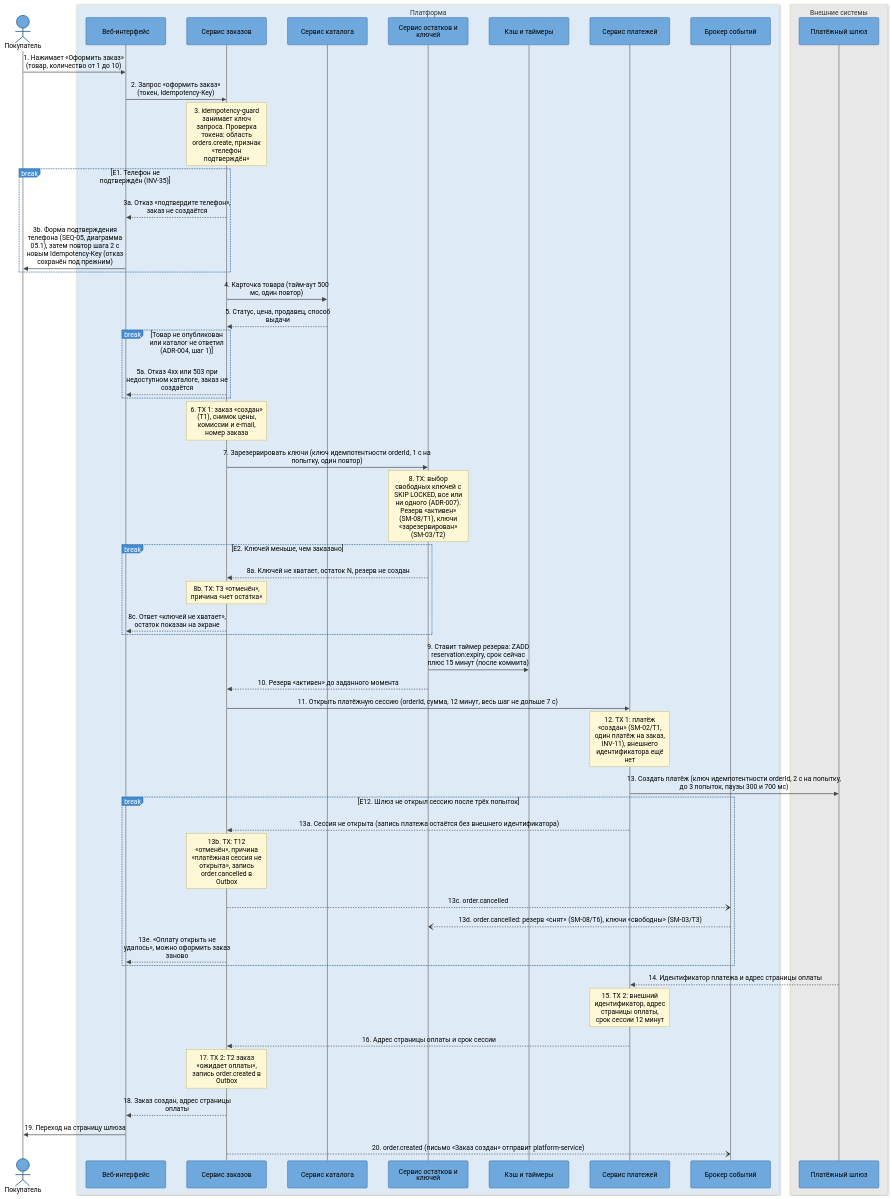
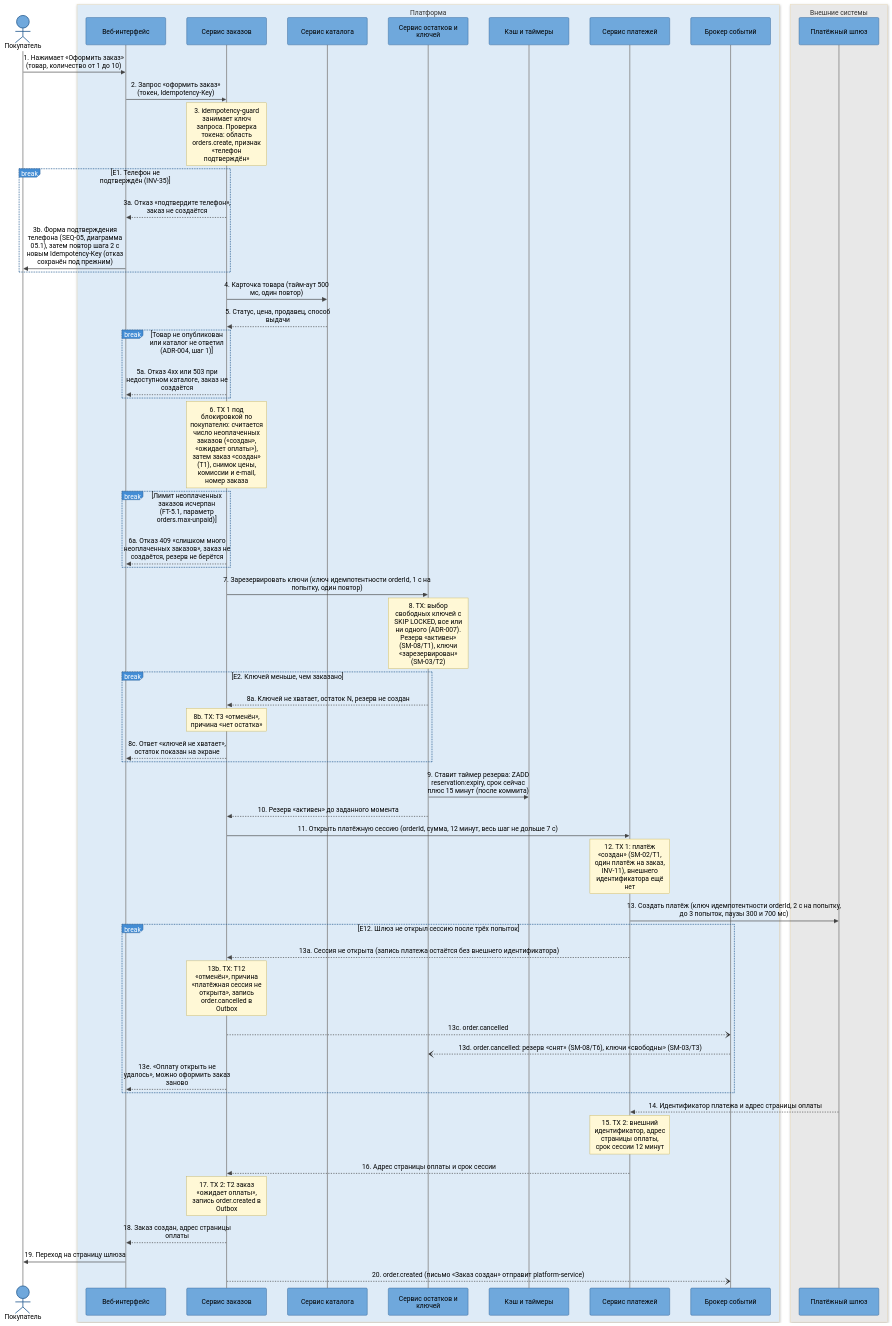
Before and after one commit to Lapin143/digital-goods-marketplace: the second of 4 diagrams in docs/05-architecture/sequence-purchase.md, drawn with Mermaid. The commit also changed other lines of this file and 41 other files, not shown here.

First line of the commit message:
feat(contracts): решения v1.6 внесены в схему и контракты: номер заказа (orders.number, orderNumber в API и событиях), параметр orders.max-unpaid, ошибка unpaid-orders-limit (39 типов); модель угроз, роли, SEQ, отчёт Ф3 закрывают замечания v1.6

````diff
--- a/docs/05-architecture/sequence-purchase.md
+++ b/docs/05-architecture/sequence-purchase.md
@@ -122,57 +122,60 @@
 ```mermaid
 %%{init: {"theme":"base","themeVariables":{"actorBkg":"#6fa8dc","actorTextColor":"#000000","actorBorder":"#2e6295","actorLineColor":"#888888","signalColor":"#444444","signalTextColor":"#000000","noteBkgColor":"#fff8d6","noteTextColor":"#000000","noteBorderColor":"#c9b458","loopTextColor":"#000000","labelBoxBkgColor":"#438dd5","labelTextColor":"#ffffff","labelBoxBorderColor":"#2e6295","activationBkgColor":"#d9e8f7","activationBorderColor":"#2e6295"},"sequence":{"mirrorActors":true,"wrap":true,"width":190,"messageMargin":32,"boxMargin":8,"noteMargin":8}}}%%
 sequenceDiagram
     actor buyer as Покупатель
     box rgb(222,235,247) Платформа
     participant web-app as Веб-интерфейс
     participant order-service as Сервис заказов
     participant catalog-service as Сервис каталога
     participant inventory-service as Сервис остатков и ключей
     participant redis as Кэш и таймеры
     participant payment-service as Сервис платежей
     participant kafka as Брокер событий
     end
     box rgb(232,232,232) Внешние системы
     participant payment-gateway as Платёжный шлюз
     end
 
     buyer ->> web-app: 1. Нажимает «Оформить заказ» (товар, количество от 1 до 10)
     web-app ->> order-service: 2. Запрос «оформить заказ» (токен, Idempotency-Key)
     Note over order-service: 3. idempotency-guard занимает ключ запроса. Проверка токена: область orders.create, признак «телефон подтверждён»
     break E1. Телефон не подтверждён (INV-35)
         order-service -->> web-app: 3a. Отказ «подтвердите телефон», заказ не создаётся
         web-app ->> buyer: 3b. Форма подтверждения телефона (SEQ-05, диаграмма 05.1), затем повтор шага 2 с новым Idempotency-Key (отказ сохранён под прежним)
     end
     order-service ->> catalog-service: 4. Карточка товара (тайм-аут 500 мс, один повтор)
     catalog-service -->> order-service: 5. Статус, цена, продавец, способ выдачи
     break Товар не опубликован или каталог не ответил (ADR-004, шаг 1)
         order-service -->> web-app: 5a. Отказ 4xx или 503 при недоступном каталоге, заказ не создаётся
     end
-    Note over order-service: 6. TX 1: заказ «создан» (T1), снимок цены, комиссии и e-mail, номер заказа
+    Note over order-service: 6. TX 1 под блокировкой по покупателю: считается число неоплаченных заказов («создан», «ожидает оплаты»), затем заказ «создан» (T1), снимок цены, комиссии и e-mail, номер заказа
+    break Лимит неоплаченных заказов исчерпан (FT-5.1, параметр orders.max-unpaid)
+        order-service -->> web-app: 6a. Отказ 409 «слишком много неоплаченных заказов», заказ не создаётся, резерв не берётся
+    end
     order-service ->> inventory-service: 7. Зарезервировать ключи (ключ идемпотентности orderId, 1 с на попытку, один повтор)
     Note over inventory-service: 8. TX: выбор свободных ключей с SKIP LOCKED, все или ни одного (ADR-007). Резерв «активен» (SM-08/T1), ключи «зарезервирован» (SM-03/T2)
     break E2. Ключей меньше, чем заказано
         inventory-service -->> order-service: 8a. Ключей не хватает, остаток N, резерв не создан
         Note over order-service: 8b. TX: T3 «отменён», причина «нет остатка»
         order-service -->> web-app: 8c. Ответ «ключей не хватает», остаток показан на экране
     end
     inventory-service ->> redis: 9. Ставит таймер резерва: ZADD reservation:expiry, срок сейчас плюс 15 минут (после коммита)
     inventory-service -->> order-service: 10. Резерв «активен» до заданного момента
     order-service ->> payment-service: 11. Открыть платёжную сессию (orderId, сумма, 12 минут, весь шаг не дольше 7 с)
     Note over payment-service: 12. TX 1: платёж «создан» (SM-02/T1, один платёж на заказ, INV-11), внешнего идентификатора ещё нет
     payment-service ->> payment-gateway: 13. Создать платёж (ключ идемпотентности orderId, 2 с на попытку, до 3 попыток, паузы 300 и 700 мс)
     break E12. Шлюз не открыл сессию после трёх попыток
         payment-service -->> order-service: 13a. Сессия не открыта (запись платежа остаётся без внешнего идентификатора)
         Note over order-service: 13b. TX: T12 «отменён», причина «платёжная сессия не открыта», запись order.cancelled в Outbox
         order-service --) kafka: 13c. order.cancelled
         kafka --) inventory-service: 13d. order.cancelled: резерв «снят» (SM-08/T6), ключи «свободны» (SM-03/T3)
         order-service -->> web-app: 13e. «Оплату открыть не удалось», можно оформить заказ заново
     end
     payment-gateway -->> payment-service: 14. Идентификатор платежа и адрес страницы оплаты
     Note over payment-service: 15. TX 2: внешний идентификатор, адрес страницы оплаты, срок сессии 12 минут
     payment-service -->> order-service: 16. Адрес страницы оплаты и срок сессии
     Note over order-service: 17. TX 2: T2 заказ «ожидает оплаты», запись order.created в Outbox
     order-service -->> web-app: 18. Заказ создан, адрес страницы оплаты
     web-app ->> buyer: 19. Переход на страницу шлюза
     order-service --) kafka: 20. order.created (письмо «Заказ создан» отправит platform-service)
 ```
````
